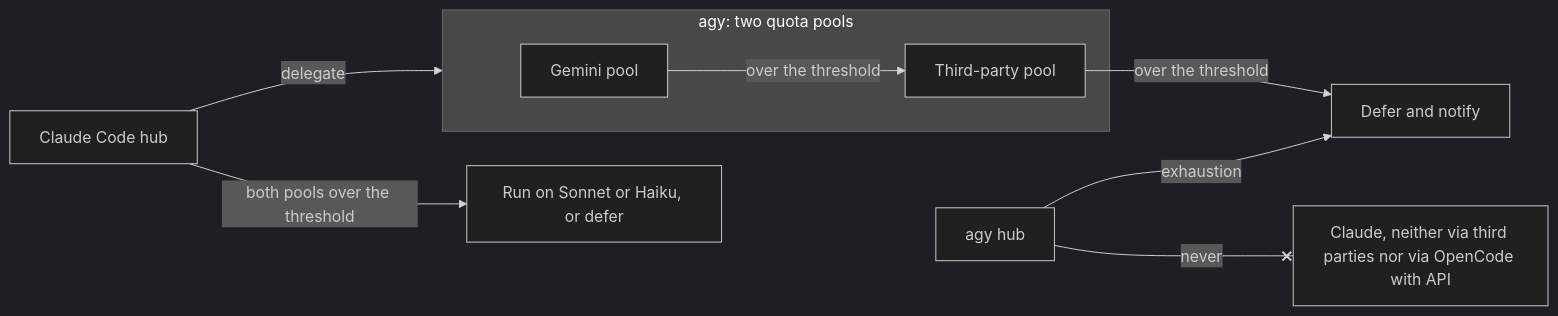
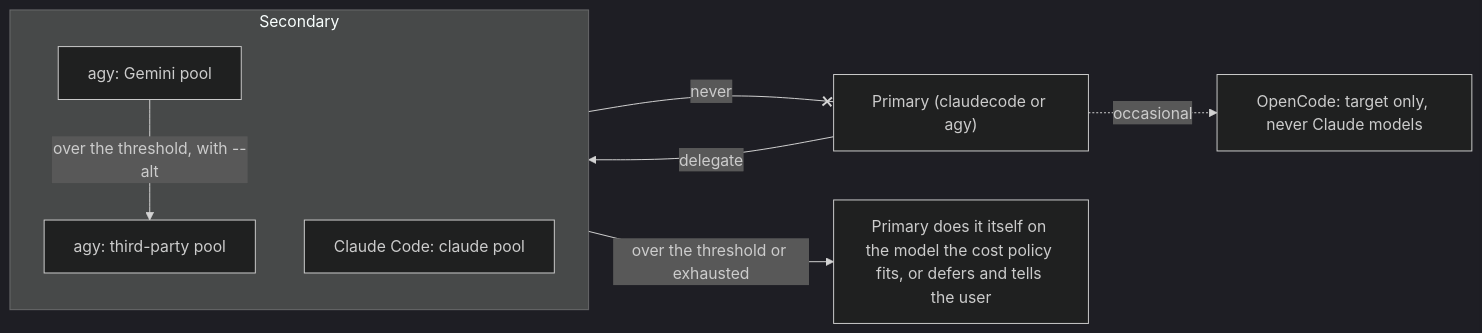
Before and after one commit to Lartweib/dotai-lartweib-pack: the second of 7 diagrams in docs/RUNTIME.md, drawn with Mermaid (dark theme). The commit also changed other lines of this file and 26 other files, not shown here.

Commit message:
feat(delegate): make the delegation primary configurable, add the agy to Claude Code route, guard delegated jobs (pack 0050)

````diff
--- a/docs/RUNTIME.md
+++ b/docs/RUNTIME.md
@@ -55,13 +55,13 @@
 ```mermaid
 flowchart LR
-  CC["Claude Code hub"] -- "delegate" --> POOLS
-  subgraph POOLS["agy: two quota pools"]
-    G["Gemini pool"]
-    T["Third-party pool"]
+  P["Primary (claudecode or agy)"] -- "delegate" --> S
+  subgraph S["Secondary"]
+    G["agy: Gemini pool"]
+    T["agy: third-party pool"]
+    C["Claude Code: claude pool"]
   end
-  G -- "over the threshold" --> T
-  T -- "over the threshold" --> DEFER["Defer and notify"]
-  CC -- "both pools over the threshold" --> LOCAL["Run on Sonnet or Haiku, or defer"]
-  AGYHUB["agy hub"] -- "never" --x CLAUDE["Claude, neither via third parties nor via OpenCode with API"]
-  AGYHUB -- "exhaustion" --> DEFER
+  G -- "over the threshold, with --alt" --> T
+  S -- "over the threshold or exhausted" --> SELF["Primary does it itself on the model the cost policy fits, or defers and tells the user"]
+  S -- "never" --x P
+  P -. "occasional" .-> OC["OpenCode: target only, never Claude models"]
 ```
````
